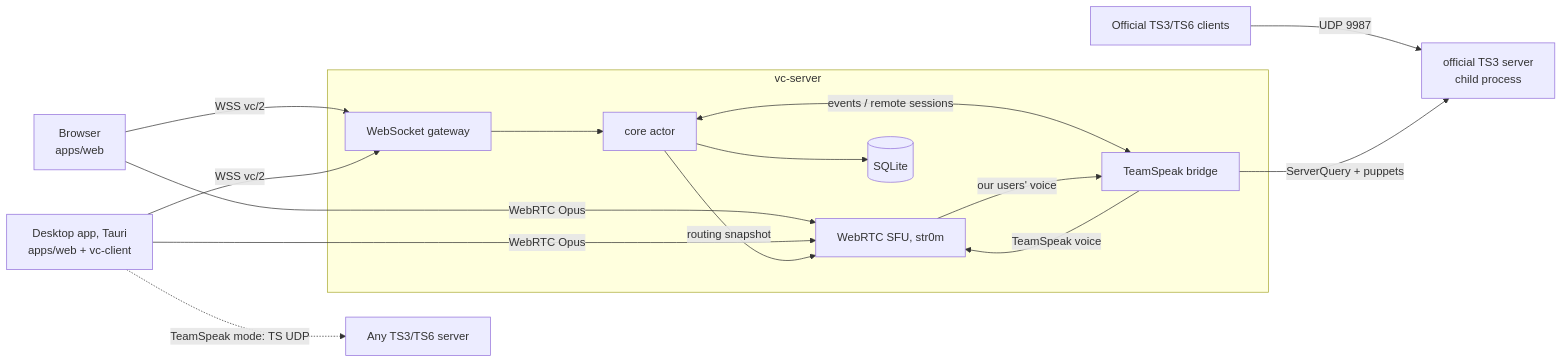
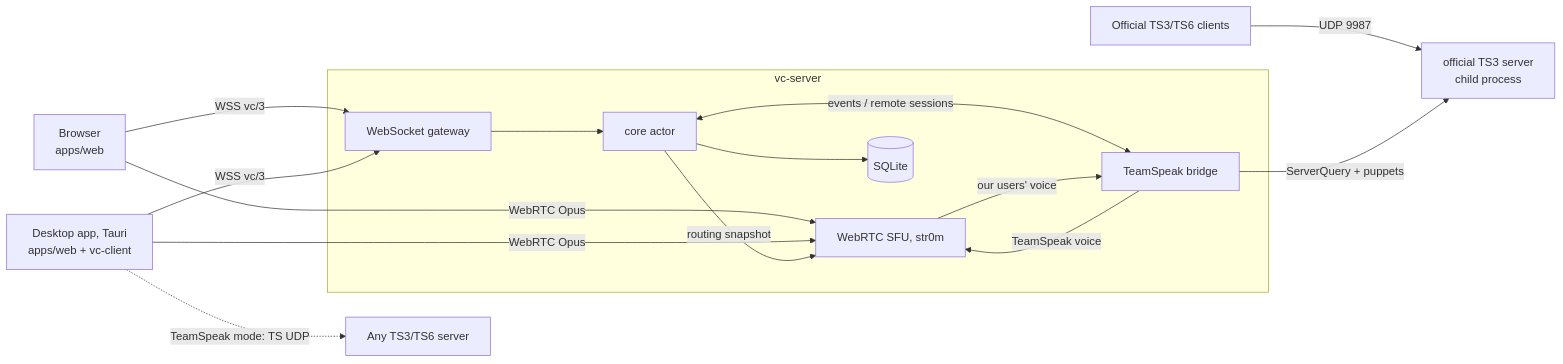
Before and after one commit to MaciejWlodarski/gwar: the diagram in docs/architecture.md, drawn with Mermaid. The commit also changed other lines of this file and 72 other files, not shown here.

````diff
--- a/docs/architecture.md
+++ b/docs/architecture.md
@@ -3,19 +3,19 @@
 ```mermaid
 flowchart LR
-  Web[Browser<br/>apps/web] -- WSS vc/2 --> GW
-  Desk[Desktop app, Tauri<br/>apps/web + vc-client] -- WSS vc/2 --> GW
+  Web[Browser<br/>apps/web] -- WSS vc/3 --> GW
+  Desk[Desktop app, Tauri<br/>apps/web + vc-client] -- WSS vc/3 --> GW
   TS3[Official TS3/TS6 clients] -- UDP 9987 --> TSS
   Web -- WebRTC Opus --> SFU
   Desk -- WebRTC Opus --> SFU
   subgraph vc-server [vc-server]
     GW[WebSocket gateway] --> CORE[core actor]
     SFU[WebRTC SFU, str0m]
     CORE -- routing snapshot --> SFU
     CORE <-- events / remote sessions --> BR[TeamSpeak bridge]
     SFU -- our users' voice --> BR
     BR -- TeamSpeak voice --> SFU
     CORE --> DB[(SQLite)]
   end
   BR -- ServerQuery + puppets --> TSS[official TS3 server<br/>child process]
   Desk -. TeamSpeak mode: TS UDP .-> EXT[Any TS3/TS6 server]
 ```
````
